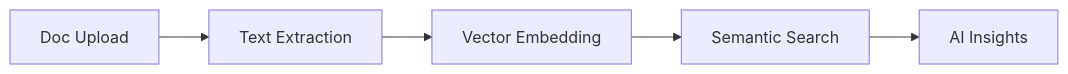
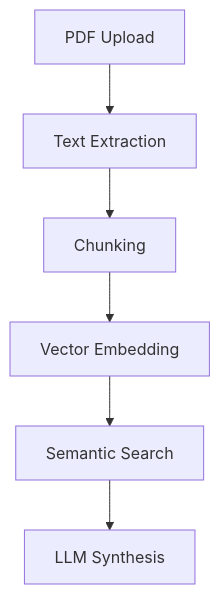
Before and after one commit to oovaa/oovaa: the second of 2 diagrams in README.md, drawn with Mermaid. The commit also changed other lines of this file, not shown here.

````diff
--- a/README.md
+++ b/README.md
@@ -86,7 +86,8 @@
 ```mermaid
-graph LR
-    A[Doc Upload] --> B[Text Extraction]
-    B --> C[Vector Embedding]
-    C --> D[Semantic Search]
-    D --> E[AI Insights]
+graph TD
+    A[PDF Upload] --> B[Text Extraction]
+    B --> C[Chunking]
+    C --> D[Vector Embedding]
+    D --> E[Semantic Search]
+    E --> F[LLM Synthesis]
 ```
````
